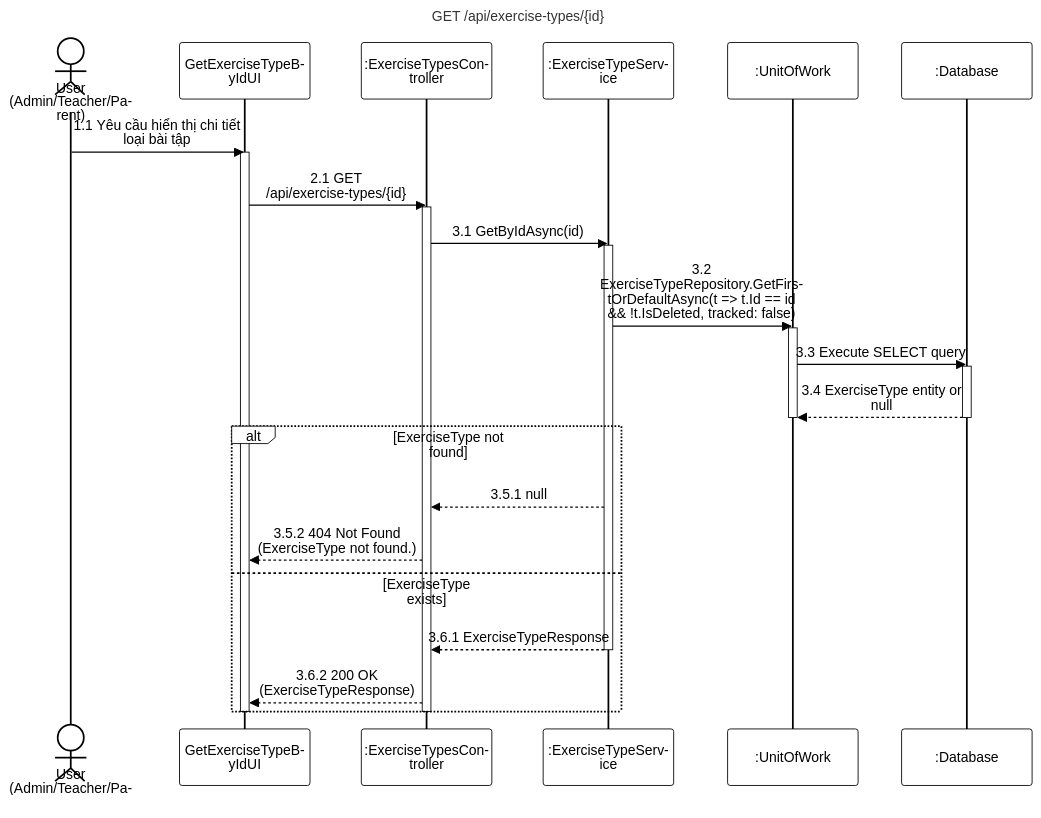
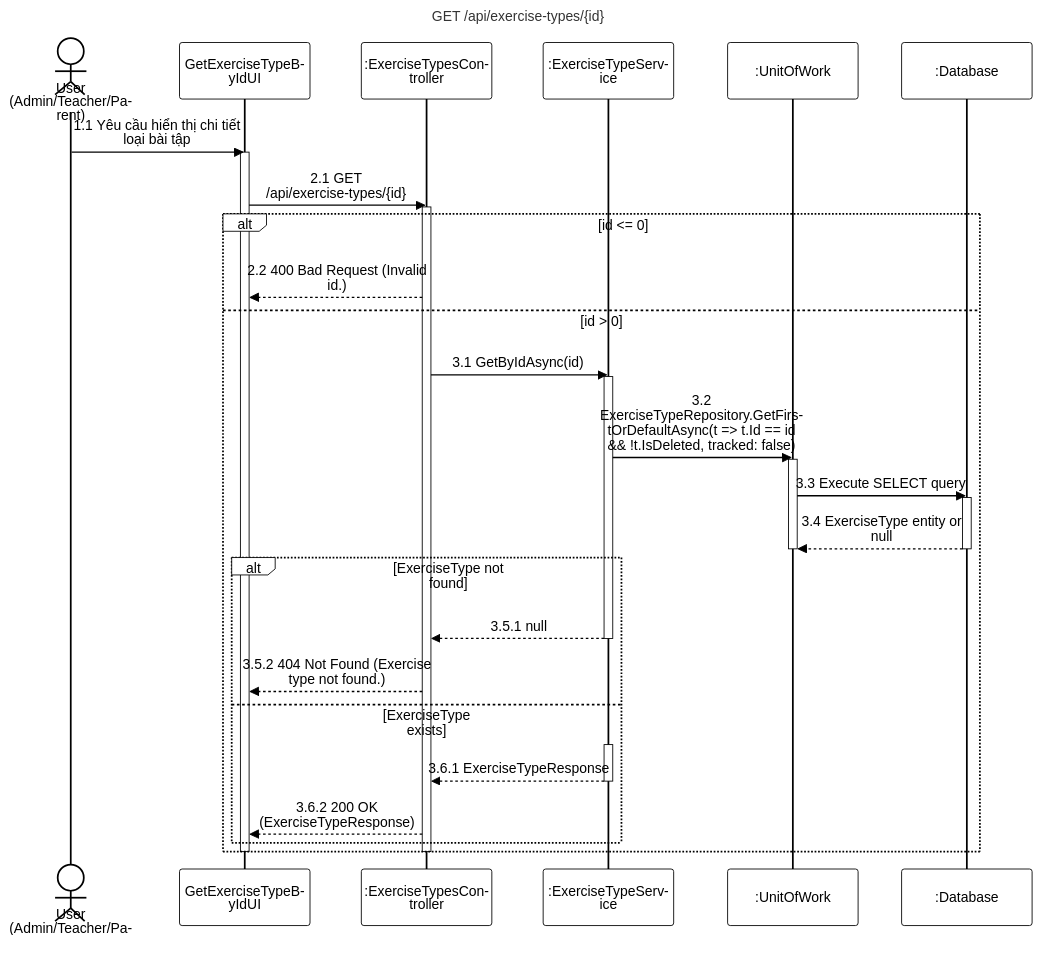
Before and after one commit to PhucAnDev/docx-diagram: the diagram in 05-exercise-question-management/sequence-diagram/apis/get-exercise-type-by-id.mmd, drawn with Mermaid. The commit also changed 1 other file, not shown here.

Commit message:
fix: update get-exercise-type-by-id.mmd with correct validations, error messages, and activations

```diff
--- a/05-exercise-question-management/sequence-diagram/apis/get-exercise-type-by-id.mmd
+++ b/05-exercise-question-management/sequence-diagram/apis/get-exercise-type-by-id.mmd
@@ -1,36 +1,42 @@
 %%{init: {'theme':'base', 'themeVariables': {'actorBkg':'#ffffff','actorBorder':'#000000','actorTextColor':'#000000','actorLineColor':'#000000','signalColor':'#000000','signalTextColor':'#000000','labelBoxBkgColor':'#ffffff','labelBoxBorderColor':'#000000','labelTextColor':'#000000','loopTextColor':'#000000','noteBkgColor':'#ffffff','noteBorderColor':'#000000','noteTextColor':'#000000','activationBorderColor':'#000000','activationBkgColor':'#ffffff','sequenceNumberColor':'#000000'}, 'sequence': {'width':150,'height':65,'actorFontSize':16,'messageFontSize':16,'wrap':true,'wrapPadding':10}}}%%
 sequenceDiagram
     title GET /api/exercise-types/{id}
     actor User as User (Admin/Teacher/Parent)
     participant UI as GetExerciseTypeByIdUI
     participant Endpoint as :ExerciseTypesController
     participant Service as :ExerciseTypeService
     participant DB as :UnitOfWork
     participant Database as :Database
 
     User->>UI: 1.1 Yêu cầu hiển thị chi tiết loại bài tập
     activate UI
     UI->>Endpoint: 2.1 GET /api/exercise-types/{id}
     activate Endpoint
 
-    Endpoint->>Service: 3.1 GetByIdAsync(id)
-    activate Service
+    alt id <= 0
+        Endpoint-->>UI: 2.2 400 Bad Request (Invalid id.)
+    else id > 0
+        Endpoint->>Service: 3.1 GetByIdAsync(id)
+        activate Service
 
-    Service->>DB: 3.2 ExerciseTypeRepository.GetFirstOrDefaultAsync(t => t.Id == id && !t.IsDeleted, tracked: false)
-    activate DB
-    DB->>Database: 3.3 Execute SELECT query
-    activate Database
-    Database-->>DB: 3.4 ExerciseType entity or null
-    deactivate Database
-    deactivate DB
+        Service->>DB: 3.2 ExerciseTypeRepository.GetFirstOrDefaultAsync(t => t.Id == id && !t.IsDeleted, tracked: false)
+        activate DB
+        DB->>Database: 3.3 Execute SELECT query
+        activate Database
+        Database-->>DB: 3.4 ExerciseType entity or null
+        deactivate Database
+        deactivate DB
 
-    alt ExerciseType not found
-        Service-->>Endpoint: 3.5.1 null
-        Endpoint-->>UI: 3.5.2 404 Not Found (ExerciseType not found.)
-    else ExerciseType exists
-        Service-->>Endpoint: 3.6.1 ExerciseTypeResponse
-        deactivate Service
-        Endpoint-->>UI: 3.6.2 200 OK (ExerciseTypeResponse)
+        alt ExerciseType not found
+            Service-->>Endpoint: 3.5.1 null
+            deactivate Service
+            Endpoint-->>UI: 3.5.2 404 Not Found (Exercise type not found.)
+        else ExerciseType exists
+            activate Service
+            Service-->>Endpoint: 3.6.1 ExerciseTypeResponse
+            deactivate Service
+            Endpoint-->>UI: 3.6.2 200 OK (ExerciseTypeResponse)
+        end
     end
     deactivate Endpoint
     deactivate UI
```
